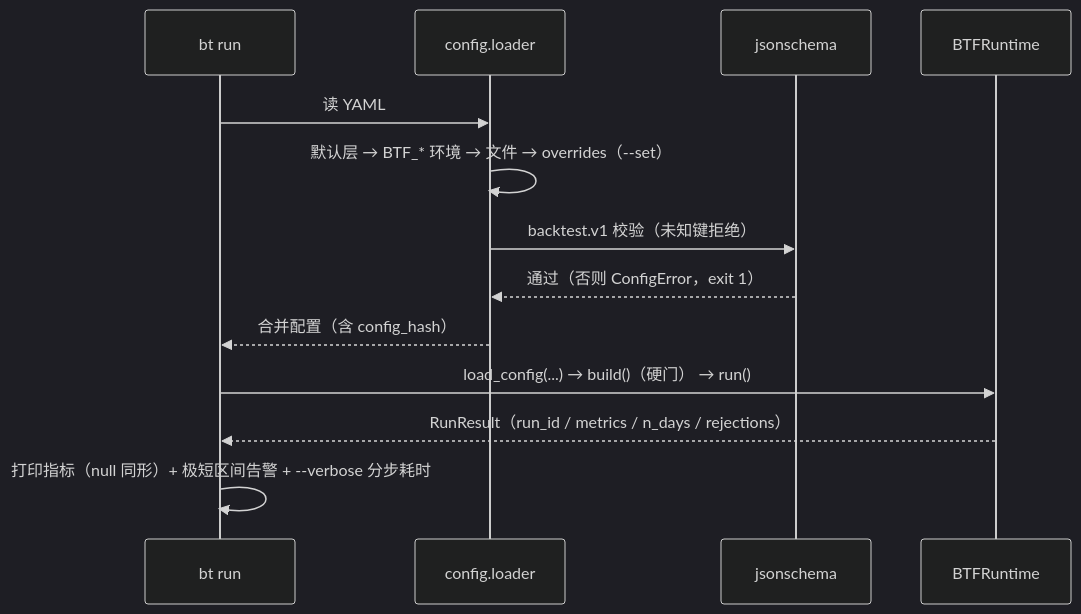
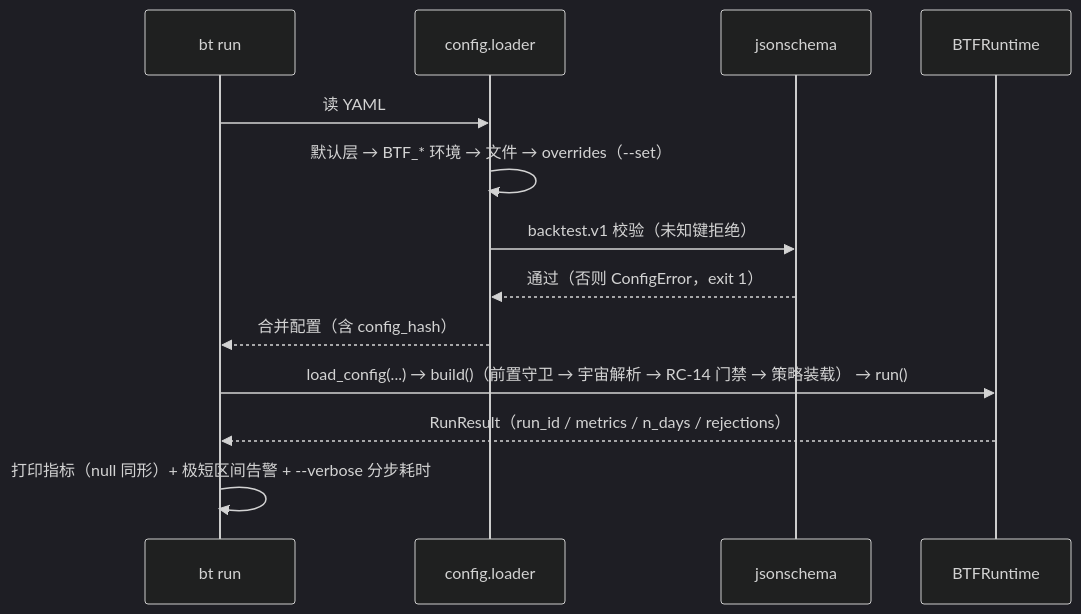
Before and after one commit to 1716250001/quant-strategy-infrastructure: the fifth of 5 diagrams in 代码架构/回测工具架构/06-核心流程与关键时序.md, drawn with Mermaid (dark theme). The commit also changed other lines of this file and 22 other files, not shown here.

````diff
--- a/代码架构/回测工具架构/06-核心流程与关键时序.md
+++ b/代码架构/回测工具架构/06-核心流程与关键时序.md
@@ -194,15 +210,15 @@
 ```mermaid
 sequenceDiagram
     participant CLI as bt run
     participant L as config.loader
     participant S as jsonschema
     participant RT as BTFRuntime
     CLI->>L: 读 YAML
     L->>L: 默认层 → BTF_* 环境 → 文件 → overrides（--set）
     L->>S: backtest.v1 校验（未知键拒绝）
     S-->>L: 通过（否则 ConfigError，exit 1）
     L-->>CLI: 合并配置（含 config_hash）
-    CLI->>RT: load_config(...) → build()（硬门） → run()
+    CLI->>RT: load_config(...) → build()（前置守卫 → 宇宙解析 → RC-14 门禁 → 策略装载） → run()
     RT-->>CLI: RunResult（run_id / metrics / n_days / rejections）
     CLI->>CLI: 打印指标（null 同形）+ 极短区间告警 + --verbose 分步耗时
 ```
````
